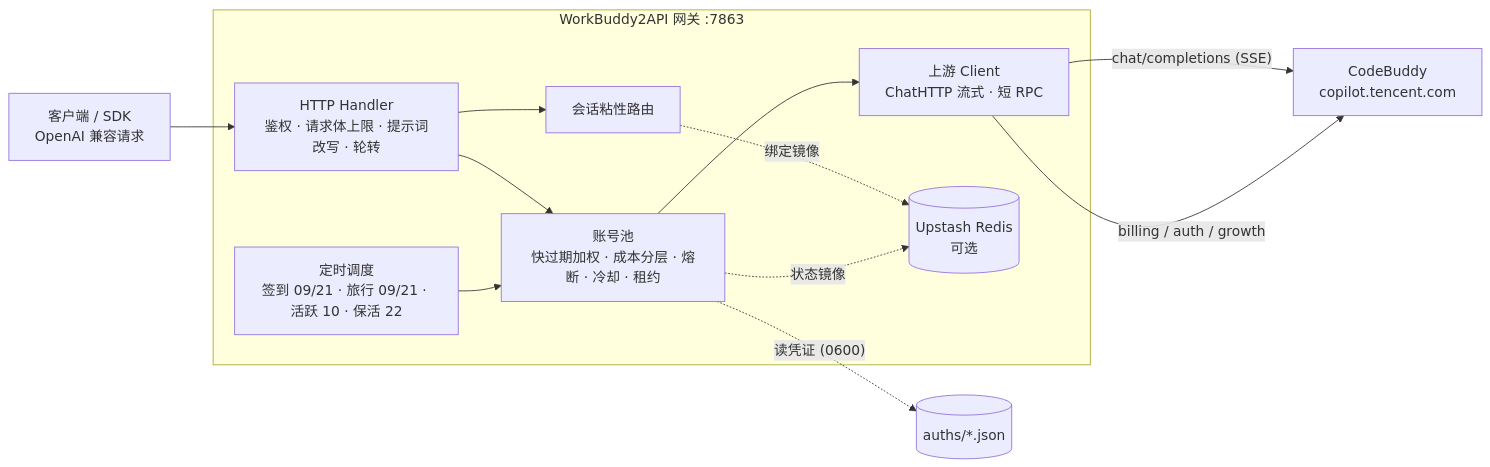
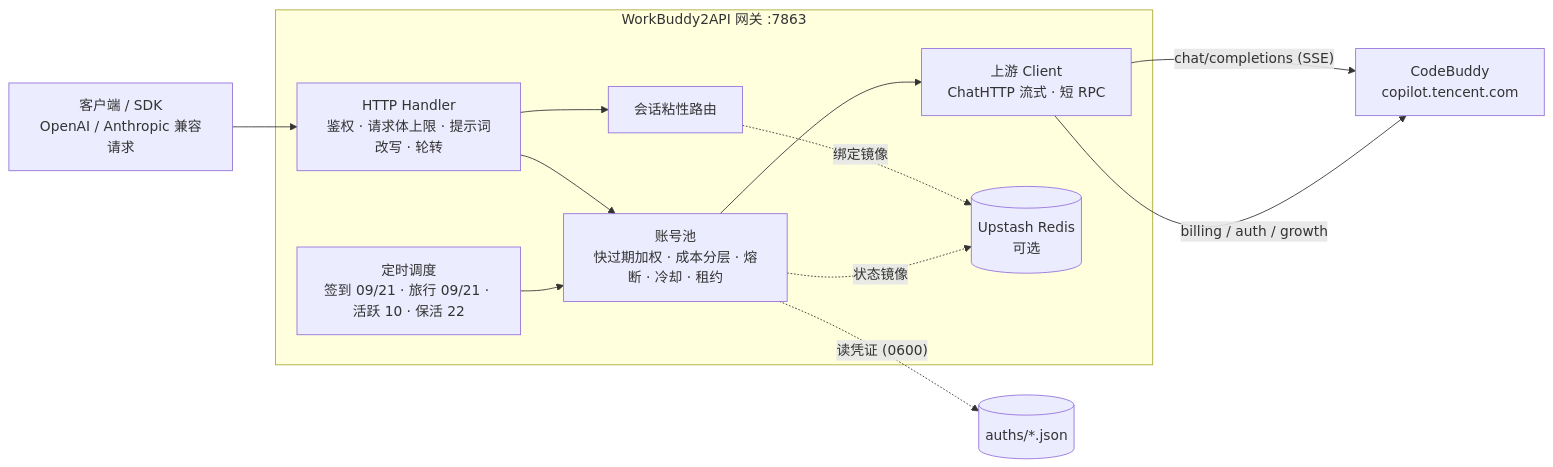
One commit to qyfdym/coder2api-opensource changed the diagram in README.md. Above: the diagram before and after it, drawn with Mermaid. The commit also changed other lines of this file, not shown here.

Commit message:
docs: describe the Anthropic-compatible API and the proxy pool in the README header, intro and endpoint table

````diff
--- a/README.md
+++ b/README.md
@@ -382,18 +383,18 @@
 ```mermaid
 flowchart LR
-    Client["客户端 / SDK\nOpenAI 兼容请求"] --> H
+    Client["客户端 / SDK\nOpenAI / Anthropic 兼容请求"] --> H
 
     subgraph GWI["WorkBuddy2API 网关 :7863"]
         H["HTTP Handler\n鉴权 · 请求体上限 · 提示词改写 · 轮转"] --> P
         H --> S
         P["账号池\n快过期加权 · 成本分层 · 熔断 · 冷却 · 租约"] --> U
         S["会话粘性路由"] -.绑定镜像.-> REDIS
         T["定时调度\n签到 09/21 · 旅行 09/21 · 活跃 10 · 保活 22"] --> P
         U["上游 Client\nChatHTTP 流式 · 短 RPC"]
     end
 
     P -. "读凭证 (0600)" .-> AUTH[("auths/*.json")]
     P -. "状态镜像" .-> REDIS[("Upstash Redis\n可选")]
     U -->|"chat/completions (SSE)"| CB["CodeBuddy\ncopilot.tencent.com"]
     U -->|"billing / auth / growth"| CB
 ```
````
